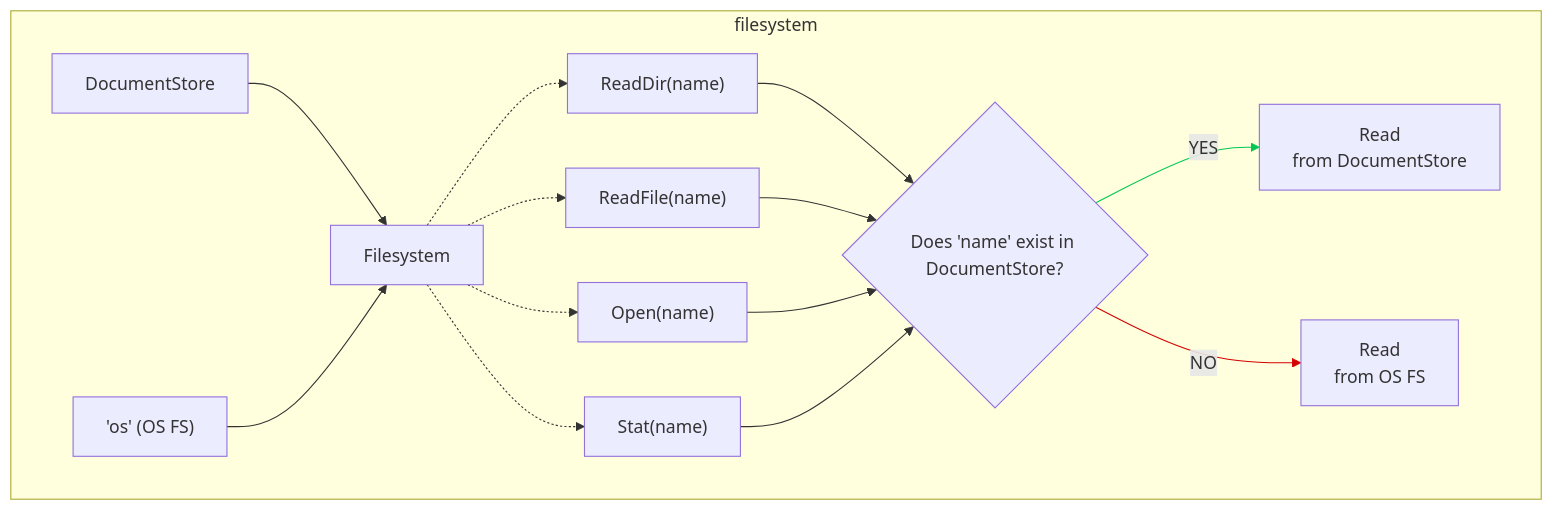
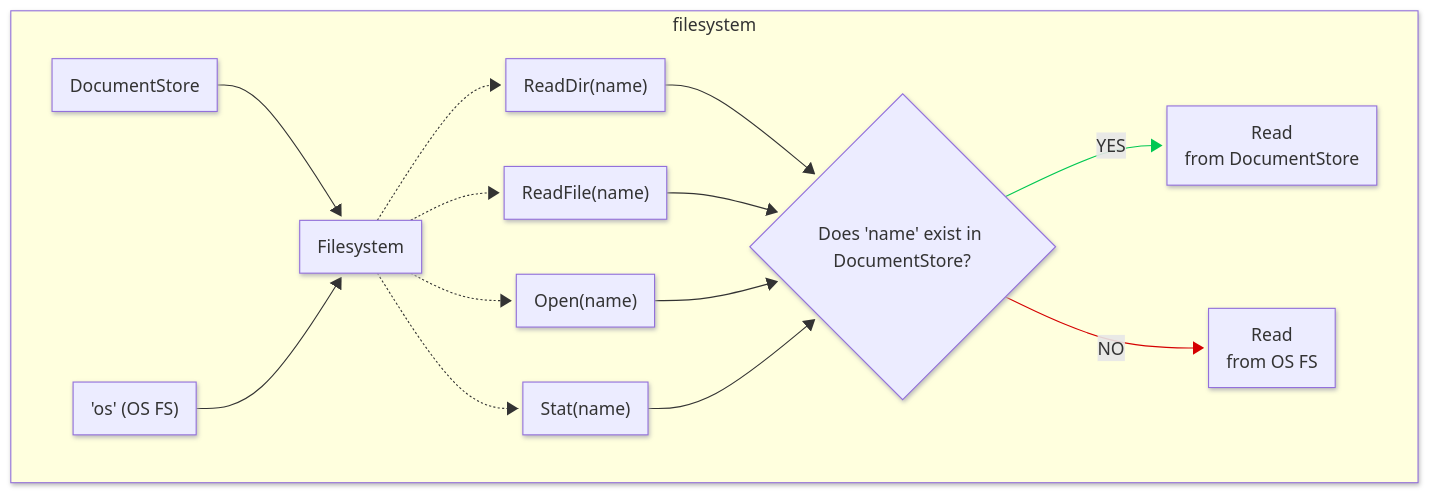
Before and after one commit to opentofu/tofu-ls: the third of 6 diagrams in docs/architecture.md, drawn with Mermaid. The commit also changed other lines of this file, not shown here.

Commit message:
Architecture.md chart theme and default colors

````diff
--- a/docs/architecture.md
+++ b/docs/architecture.md
@@ -105,28 +106,33 @@
 ```mermaid
+---
+config:
+  theme: mc
+  look: neo
+---
 flowchart TD
  subgraph filesystem["filesystem"]
         FS["Filesystem"]
         DS["DocumentStore"]
         OS["'os' (OS FS)"]
         RD["ReadDir(name)"]
         RF["ReadFile(name)"]
         OP["Open(name)"]
         ST["Stat(name)"]
         Decision@{ label: "Does 'name' exist in DocumentStore?" }
         ReadDS["Read<br>from DocumentStore"]
         ReadOS["Read<br>from OS FS"]
   end
     DS --> FS
     OS --> FS
     FS -.-> RD & RF & OP & ST
     RD --> Decision
     RF --> Decision
     OP --> Decision
     ST --> Decision
     Decision -- YES --> ReadDS
     Decision -- NO --> ReadOS
 
     Decision@{ shape: diamond}
     linkStyle 10 stroke:#00C853
     linkStyle 11 stroke:#D50000,fill:none
 ```
````
